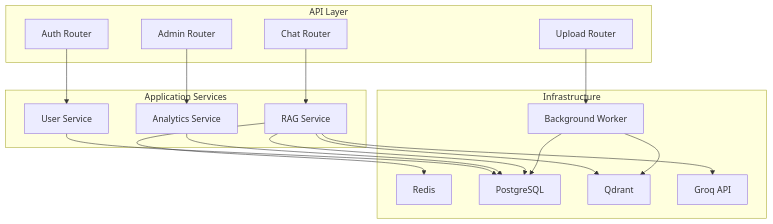
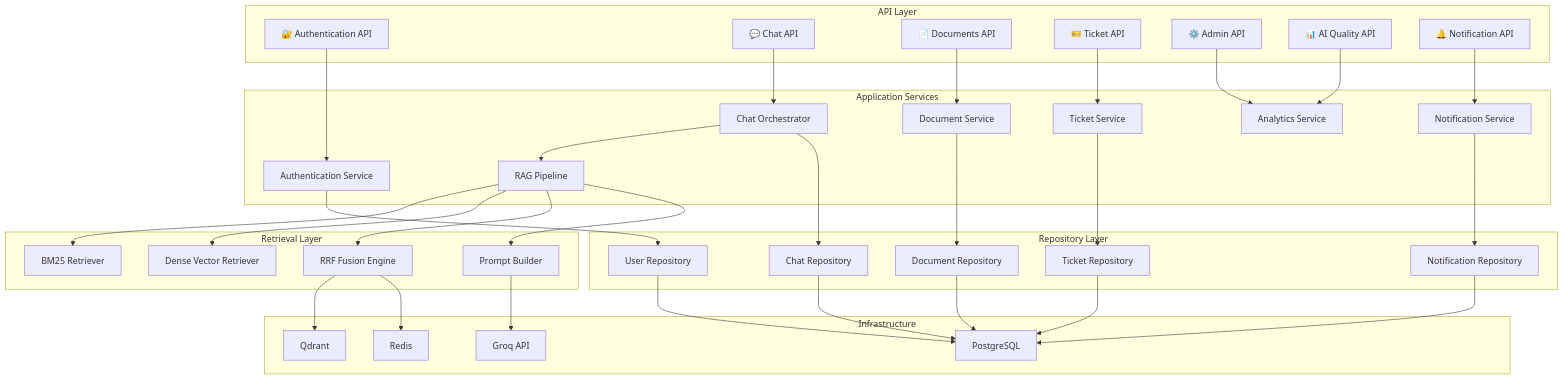
The ninth of 30 diagrams in support_ai_project_architecture.md (Prithunandananks/SupportAI), drawn with Mermaid before and after one commit. The commit also changed other lines of this file, not shown here.

````diff
--- a/support_ai_project_architecture.md
+++ b/support_ai_project_architecture.md
@@ -429,57 +1209,95 @@
 
 subgraph API["API Layer"]
 
-Auth["Auth Router"]
-
-Chat["Chat Router"]
-
-Upload["Upload Router"]
-
-Admin["Admin Router"]
+Auth["🔐 Authentication API"]
+Chat["💬 Chat API"]
+Documents["📄 Documents API"]
+Tickets["🎫 Ticket API"]
+Admin["⚙️ Admin API"]
+Quality["📊 AI Quality API"]
+Notifications["🔔 Notification API"]
 
 end
 
 subgraph Services["Application Services"]
 
-UserService["User Service"]
+AuthService["Authentication Service"]
+ChatOrchestrator["Chat Orchestrator"]
+RAGPipeline["RAG Pipeline"]
+TicketService["Ticket Service"]
+NotificationService["Notification Service"]
+DocumentService["Document Service"]
+AnalyticsService["Analytics Service"]
 
-RAG["RAG Service"]
+end
 
-Analytics["Analytics Service"]
+subgraph Retrieval["Retrieval Layer"]
+
+BM25["BM25 Retriever"]
+Vector["Dense Vector Retriever"]
+Fusion["RRF Fusion Engine"]
+Prompt["Prompt Builder"]
+
+end
+
+subgraph Repositories["Repository Layer"]
+
+UserRepo["User Repository"]
+ChatRepo["Chat Repository"]
+TicketRepo["Ticket Repository"]
+DocumentRepo["Document Repository"]
+NotificationRepo["Notification Repository"]
 
 end
 
 subgraph Infrastructure["Infrastructure"]
 
 Redis["Redis"]
-
 Postgres["PostgreSQL"]
-
 Qdrant["Qdrant"]
-
 Groq["Groq API"]
-
-Background["Background Worker"]
 
 end
 
-Auth --> UserService
+Auth --> AuthService
 
-Chat --> RAG
+Chat --> ChatOrchestrator
 
-Upload --> Background
+Documents --> DocumentService
 
-Admin --> Analytics
+Tickets --> TicketService
 
-UserService --> Postgres
+Admin --> AnalyticsService
 
-Analytics --> Postgres
+Quality --> AnalyticsService
 
-RAG --> Redis
-RAG --> Postgres
-RAG --> Qdrant
-RAG --> Groq
+Notifications --> NotificationService
 
-Background --> Postgres
-Background --> Qdrant
+ChatOrchestrator --> RAGPipeline
+
+RAGPipeline --> BM25
+RAGPipeline --> Vector
+RAGPipeline --> Fusion
+RAGPipeline --> Prompt
+
+Fusion --> Qdrant
+Fusion --> Redis
+
+Prompt --> Groq
+
+AuthService --> UserRepo
+
+ChatOrchestrator --> ChatRepo
+
+TicketService --> TicketRepo
+
+DocumentService --> DocumentRepo
+
+NotificationService --> NotificationRepo
+
+UserRepo --> Postgres
+ChatRepo --> Postgres
+TicketRepo --> Postgres
+DocumentRepo --> Postgres
+NotificationRepo --> Postgres
 ```
````
